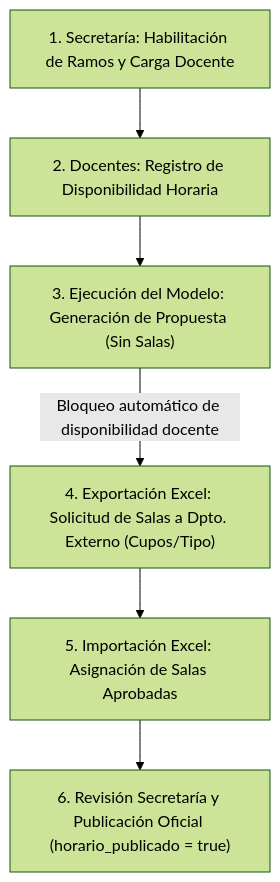
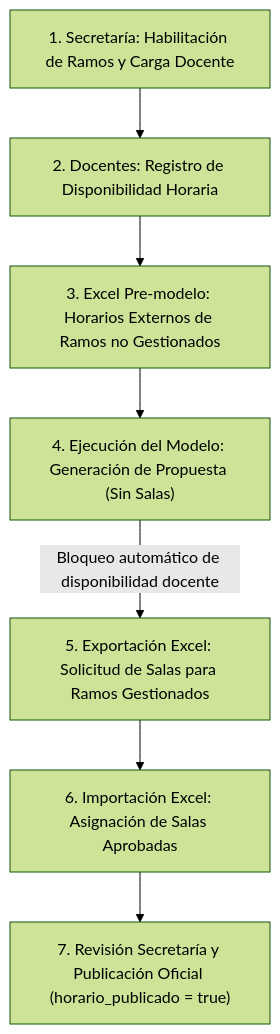
The diagram in README.md (VicenteAsmussen/PT-OptimizacionHorarios), drawn with Mermaid (forest theme) before and after one commit. The commit also changed other lines of this file, not shown here.

````diff
--- a/README.md
+++ b/README.md
@@ -25,8 +27,9 @@
 ```mermaid
 flowchart TD
     A["1. Secretaría: Habilitación de Ramos y Carga Docente"] --> B["2. Docentes: Registro de Disponibilidad Horaria"]
-    B --> C["3. Ejecución del Modelo: Generación de Propuesta (Sin Salas)"]
-    C -->|Bloqueo automático de disponibilidad docente| D["4. Exportación Excel: Solicitud de Salas a Dpto. Externo (Cupos/Tipo)"]
-    D --> E["5. Importación Excel: Asignación de Salas Aprobadas"]
-    E --> F["6. Revisión Secretaría y Publicación Oficial (horario_publicado = true)"]
+    B --> C["3. Excel Pre-modelo: Horarios Externos de Ramos no Gestionados"]
+    C --> D["4. Ejecución del Modelo: Generación de Propuesta (Sin Salas)"]
+    D -->|Bloqueo automático de disponibilidad docente| E["5. Exportación Excel: Solicitud de Salas para Ramos Gestionados"]
+    E --> F["6. Importación Excel: Asignación de Salas Aprobadas"]
+    F --> G["7. Revisión Secretaría y Publicación Oficial (horario_publicado = true)"]
 ```
````
